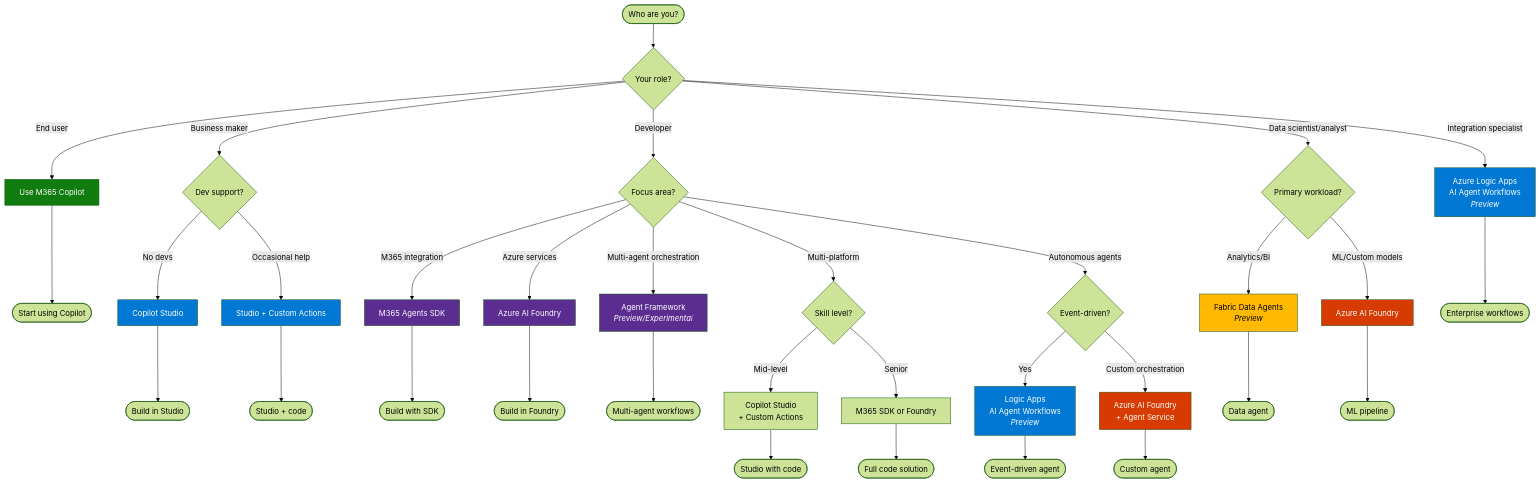
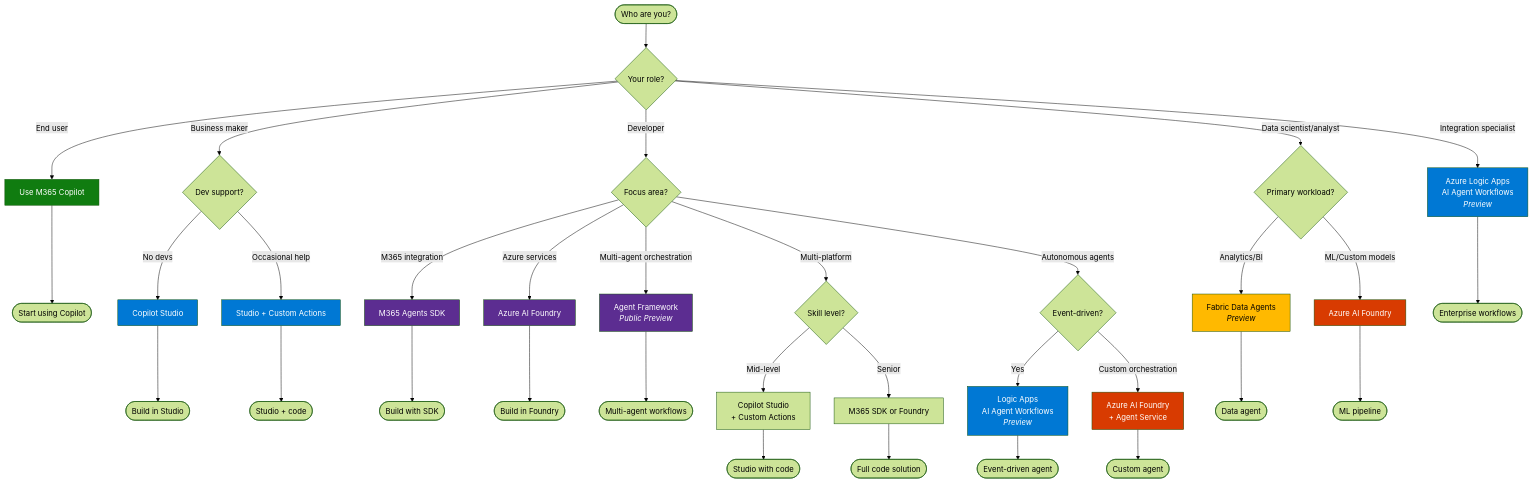
Before and after one commit to ChrisMcKee1/microsoft-ai-decision-tree: the second of 7 diagrams in docs/visual-framework.md, drawn with Mermaid (forest theme). The commit also changed other lines of this file and 2 other files, not shown here.

Commit message:
Update documentation for latest Copilot and Agent guidance

````diff
--- a/docs/visual-framework.md
+++ b/docs/visual-framework.md
@@ -163,54 +163,54 @@
 ```mermaid
 flowchart TD
     Start([Who are you?]) --> P1{Your role?}
     
     P1 -->|End user| User[Use M365 Copilot]
     P1 -->|Business maker| Maker{Dev support?}
     P1 -->|Developer| Dev{Focus area?}
     P1 -->|Data scientist/analyst| DS{Primary workload?}
     P1 -->|Integration specialist| IntSpec[Azure Logic Apps<br/>AI Agent Workflows<br/><i>Preview</i>]
     
     Maker -->|No devs| MakerStudio[Copilot Studio]
     Maker -->|Occasional help| MakerPlus[Studio + Custom Actions]
     
     Dev -->|M365 integration| DevM365[M365 Agents SDK]
     Dev -->|Azure services| DevAzure[Azure AI Foundry]
-    Dev -->|Multi-agent orchestration| DevOrch[Agent Framework<br/><i>Preview/Experimental</i>]
+    Dev -->|Multi-agent orchestration| DevOrch[Agent Framework<br/><i>Public Preview</i>]
     Dev -->|Multi-platform| DevChoice{Skill level?}
     Dev -->|Autonomous agents| DevAuto{Event-driven?}
     
     DevChoice -->|Mid-level| DevStudio[Copilot Studio<br/>+ Custom Actions]
     DevChoice -->|Senior| DevSDK[M365 SDK or Foundry]
     
     DevAuto -->|Yes| DevLogic[Logic Apps<br/>AI Agent Workflows<br/><i>Preview</i>]
     DevAuto -->|Custom orchestration| DevFoundry[Azure AI Foundry<br/>+ Agent Service]
     
     DS -->|Analytics/BI| DSFabric[Fabric Data Agents<br/><i>Preview</i>]
     DS -->|ML/Custom models| DSFoundry[Azure AI Foundry]
     
     User --> UserEnd([Start using Copilot])
     MakerStudio --> MakerEnd([Build in Studio])
     MakerPlus --> MakerPlusEnd([Studio + code])
     DevM365 --> DevM365End([Build with SDK])
     DevAzure --> DevAzureEnd([Build in Foundry])
     DevOrch --> DevOrchEnd([Multi-agent workflows])
     DevStudio --> DevStudioEnd([Studio with code])
     DevSDK --> DevSDKEnd([Full code solution])
     DevLogic --> DevLogicEnd([Event-driven agent])
     DevFoundry --> DevFoundryEnd([Custom agent])
     DSFabric --> DSFabricEnd([Data agent])
     DSFoundry --> DSFoundryEnd([ML pipeline])
     IntSpec --> IntSpecEnd([Enterprise workflows])
     
     style User fill:#107C10,color:#fff
     style MakerStudio fill:#0078D4,color:#fff
     style MakerPlus fill:#0078D4,color:#fff
     style DevM365 fill:#5C2D91,color:#fff
     style DevAzure fill:#5C2D91,color:#fff
     style DevOrch fill:#5C2D91,color:#fff
     style DevLogic fill:#0078D4,color:#fff
     style DevFoundry fill:#D83B01,color:#fff
     style DSFabric fill:#FFB900,color:#000
     style DSFoundry fill:#D83B01,color:#fff
     style IntSpec fill:#0078D4,color:#fff
 ```
````
